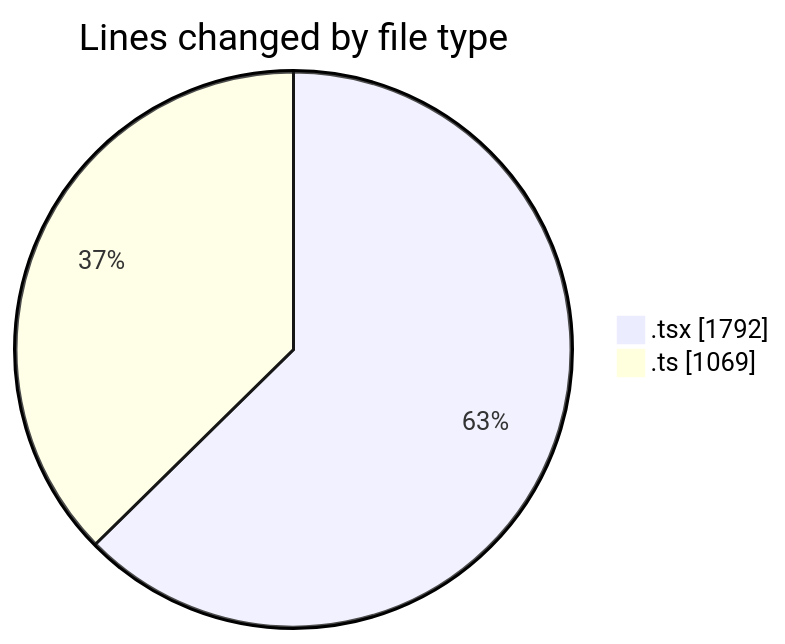
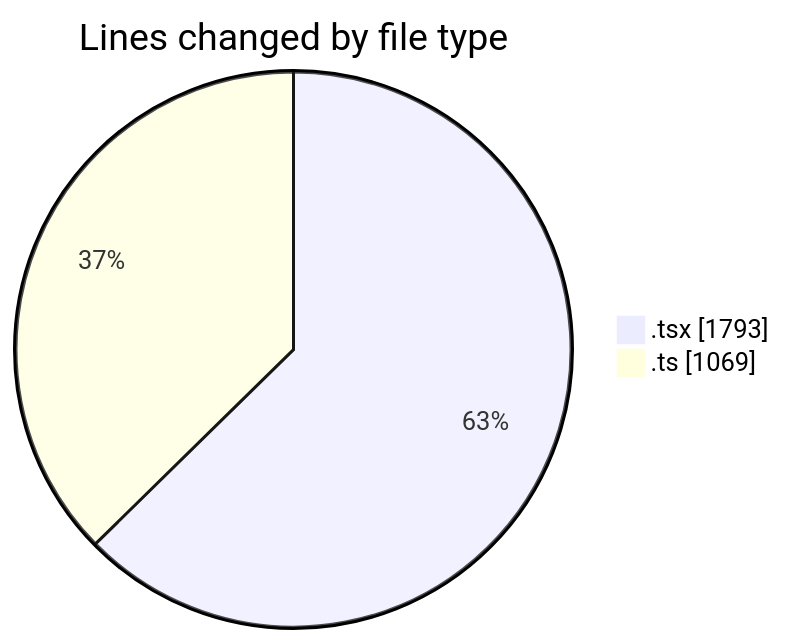
The first of 2 diagrams in 2026-02-20/nxtqube_webapp/README.md (nxtqubesakshisongat/code-tracking), drawn with Mermaid before and after one commit. The commit also changed other lines of this file and 1 other file, not shown here.

````diff
--- a/2026-02-20/nxtqube_webapp/README.md
+++ b/2026-02-20/nxtqube_webapp/README.md
@@ -29,6 +29,6 @@
 ```mermaid
 pie showData
 title Lines changed by file type
-".tsx" : 1792
+".tsx" : 1793
 ".ts" : 1069
 ```
````
